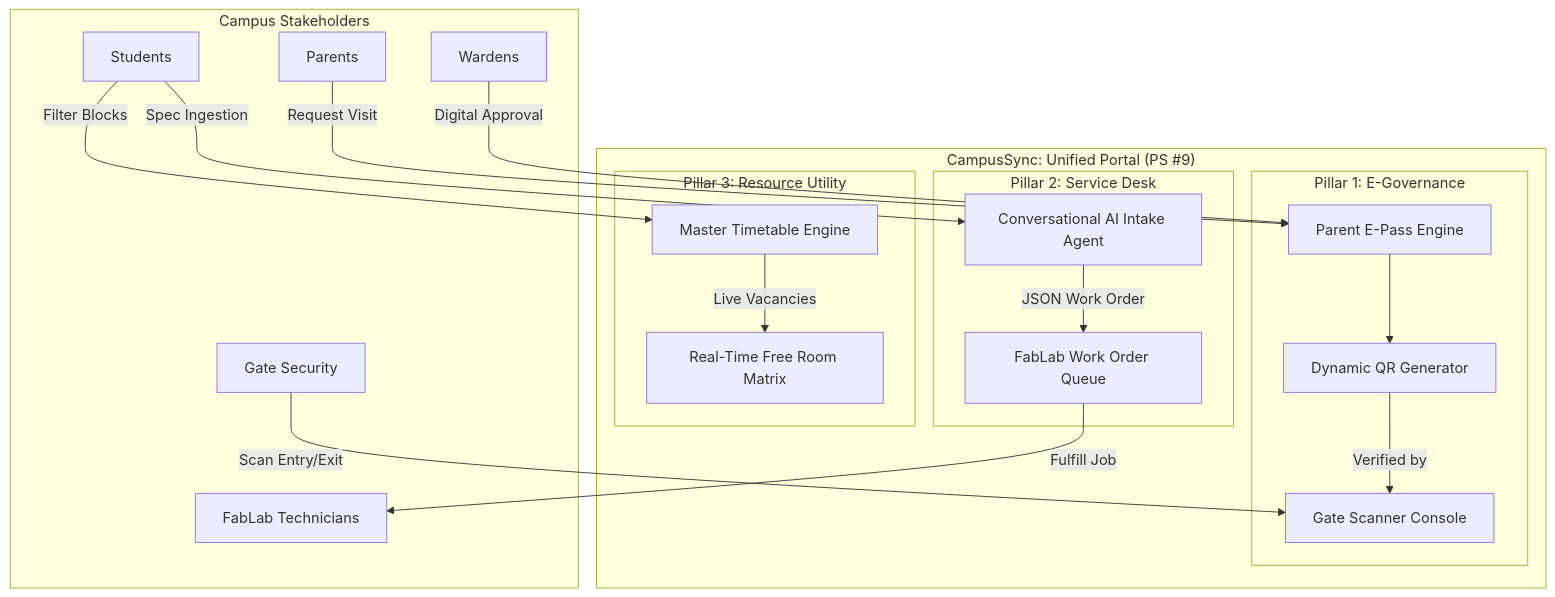
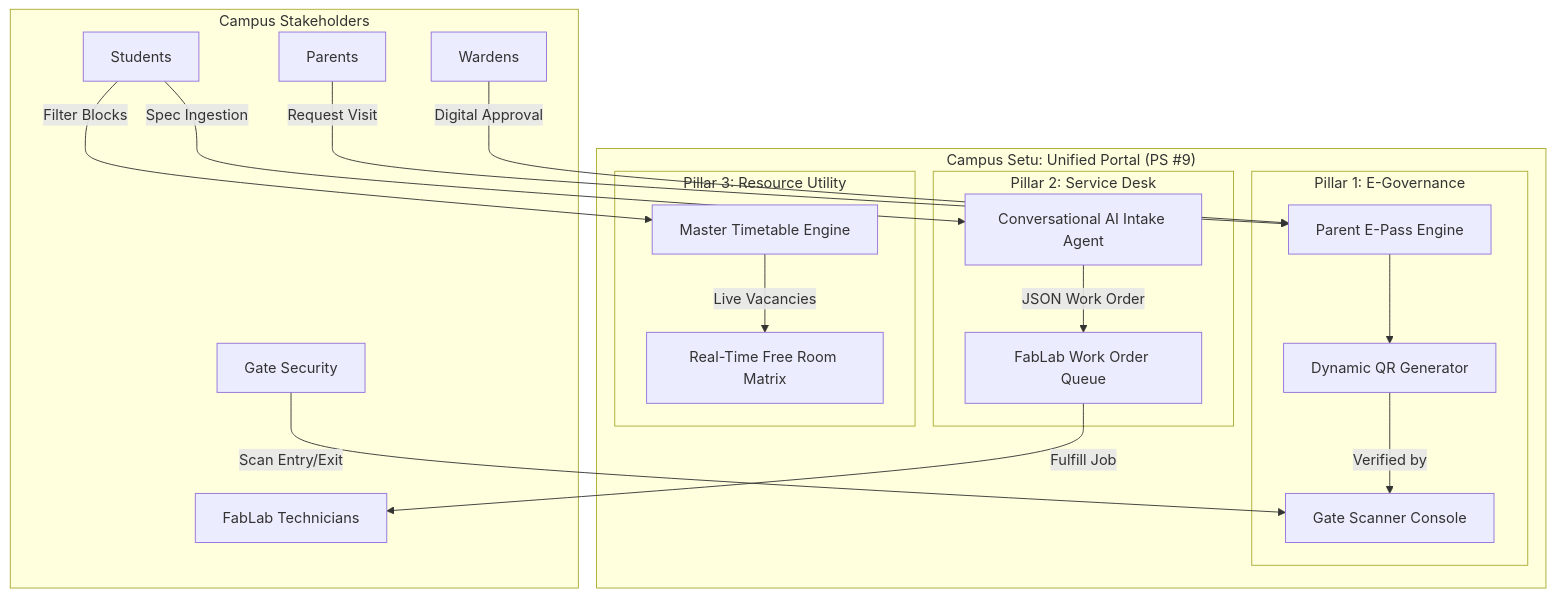
Before and after one commit to Vaggiri/Genesis---Unscripted: the diagram in Genesis_Idea.md, drawn with Mermaid. The commit also changed other lines of this file and 12 other files, not shown here.

Commit message:
feat: rename application to Campus Setu and enforce strict role credential authentication

````diff
--- a/Genesis_Idea.md
+++ b/Genesis_Idea.md
@@ -49,41 +49,41 @@
 ```mermaid
 flowchart TD
     subgraph Users ["Campus Stakeholders"]
         P[Parents]
         S[Students]
         W[Wardens]
         G[Gate Security]
         T[FabLab Technicians]
     end
 
-    subgraph Platform ["CampusSync: Unified Portal (PS #9)"]
+    subgraph Platform ["Campus Setu: Unified Portal (PS #9)"]
         subgraph Mod1 ["Pillar 1: E-Governance"]
             EP[Parent E-Pass Engine]
             QR[Dynamic QR Generator]
             GS[Gate Scanner Console]
         end
 
         subgraph Mod2 ["Pillar 2: Service Desk"]
             AI[Conversational AI Intake Agent]
             WO[FabLab Work Order Queue]
         end
 
         subgraph Mod3 ["Pillar 3: Resource Utility"]
             TT[Master Timetable Engine]
             CR[Real-Time Free Room Matrix]
         end
     end
 
     P -->|Request Visit| EP
     EP --> QR
     QR -->|Verified by| GS
     G -->|Scan Entry/Exit| GS
     W -->|Digital Approval| EP
 
     S -->|Spec Ingestion| AI
     AI -->|JSON Work Order| WO
     WO -->|Fulfill Job| T
 
     S -->|Filter Blocks| TT
     TT -->|Live Vacancies| CR
 ```
````
